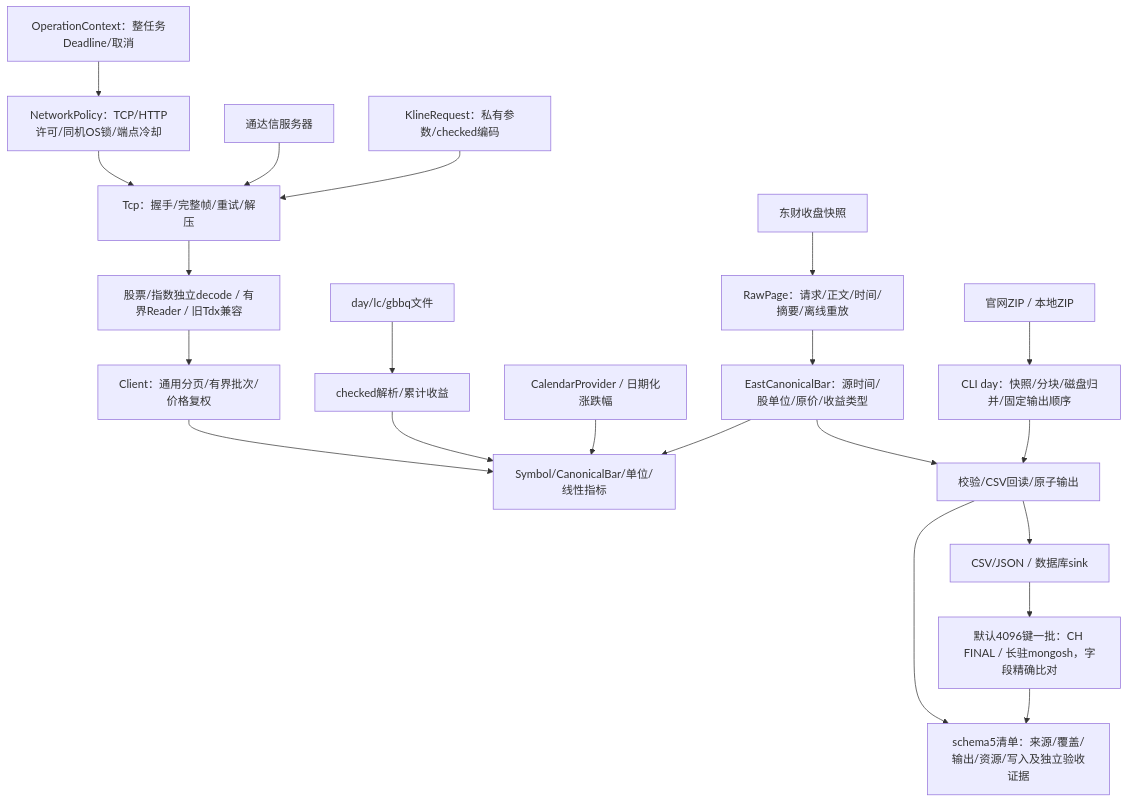
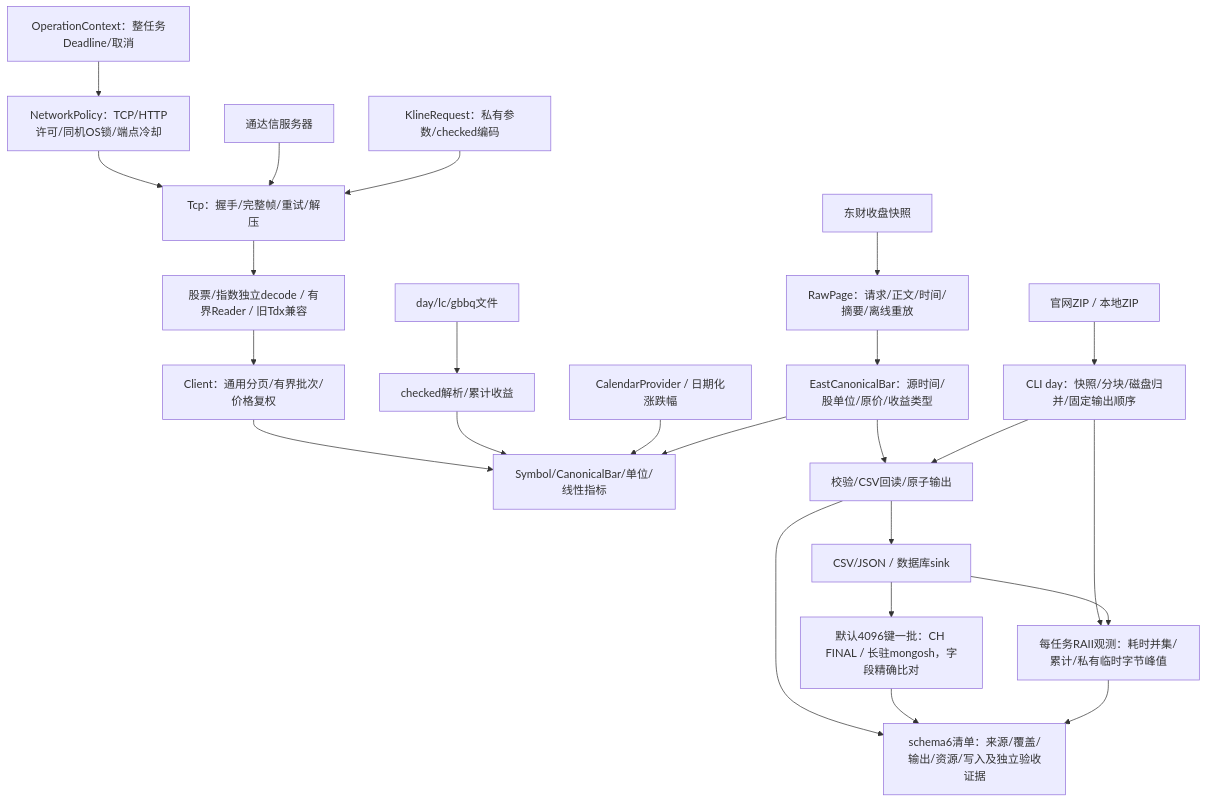
Before and after one commit to jelven007/rustdx: the diagram in docs/PROJECT_ANALYSIS.md, drawn with Mermaid. The commit also changed other lines of this file and 17 other files, not shown here.

````diff
--- a/docs/PROJECT_ANALYSIS.md
+++ b/docs/PROJECT_ANALYSIS.md
@@ -15,23 +15,26 @@
 ```mermaid
 flowchart TB
     TASK["OperationContext：整任务Deadline/取消"] --> POLICY
     POLICY["NetworkPolicy：TCP/HTTP许可/同机OS锁/端点冷却"] --> FRAME
     TDX["通达信服务器"] --> FRAME["Tcp：握手/完整帧/重试/解压"]
     REQUEST["KlineRequest：私有参数/checked编码"] --> FRAME
     FRAME --> DECODE["股票/指数独立decode / 有界Reader / 旧Tdx兼容"]
     DECODE --> CLIENT["Client：通用分页/有界批次/价格复权"]
     LOCAL["day/lc/gbbq文件"] --> FILE["checked解析/累计收益"]
     CLIENT --> MODEL["Symbol/CanonicalBar/单位/线性指标"]
     FILE --> MODEL
     RULE["CalendarProvider / 日期化涨跌幅"] --> MODEL
     ZIP["官网ZIP / 本地ZIP"] --> CLI["CLI day：快照/分块/磁盘归并/固定输出顺序"]
     EAST["东财收盘快照"] --> RAW["RawPage：请求/正文/时间/摘要/离线重放"]
     RAW --> ADAPTER["EastCanonicalBar：源时间/股单位/原价/收益类型"]
     ADAPTER --> MODEL
     ADAPTER --> EXPORT["校验/CSV回读/原子输出"]
     CLI --> EXPORT
     EXPORT --> STORE["CSV/JSON / 数据库sink"]
-    EXPORT --> MANIFEST["schema5清单：来源/覆盖/输出/资源/写入及独立验收证据"]
+    EXPORT --> MANIFEST["schema6清单：来源/覆盖/输出/资源/写入及独立验收证据"]
     STORE --> VERIFY["默认4096键一批：CH FINAL / 长驻mongosh，字段精确比对"]
     VERIFY --> MANIFEST
+    CLI --> OBS["每任务RAII观测：耗时并集/累计/私有临时字节峰值"]
+    STORE --> OBS
+    OBS --> MANIFEST
 ```
````
